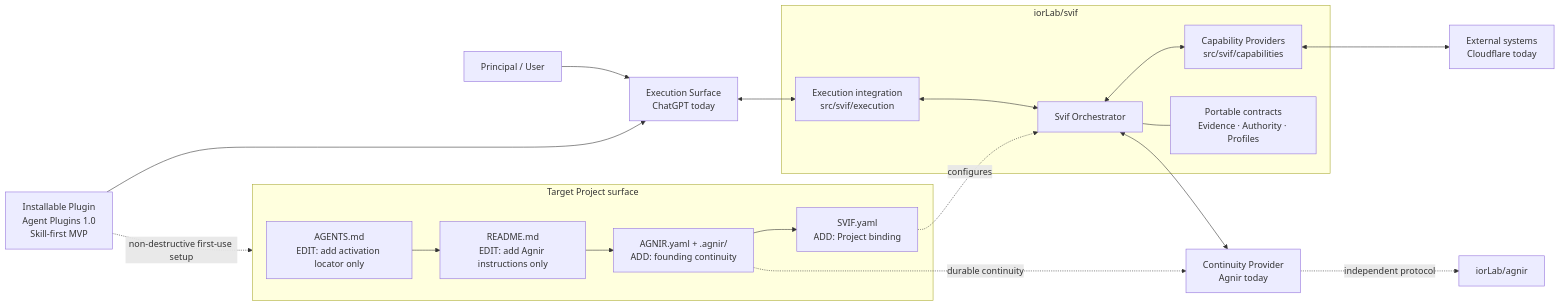
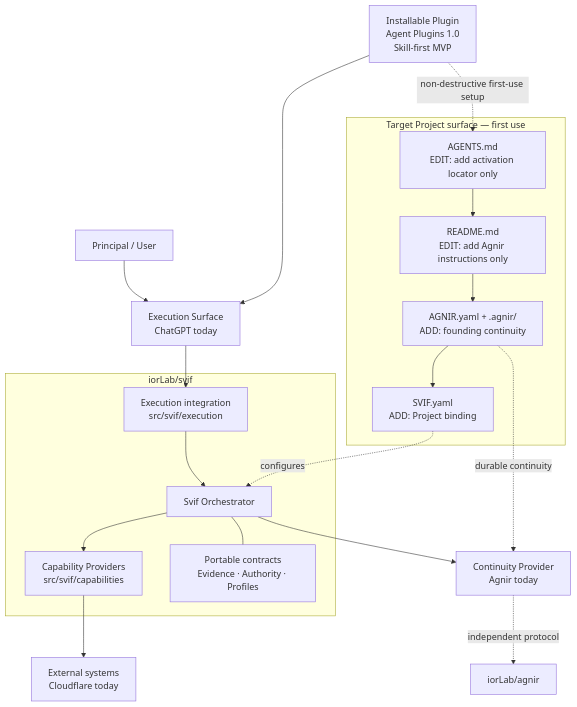
Before and after one commit to iorLab/svif: the first of 2 diagrams in README.md, drawn with Mermaid. The commit also changed other lines of this file and 2 other files, not shown here.

Commit message:
docs: make prompts copyable and stabilize Mermaid diagrams

````diff
--- a/README.md
+++ b/README.md
@@ -67,33 +80,32 @@
 ```mermaid
-flowchart LR
-    P[Principal / User] --> E[Execution Surface\nChatGPT today]
+flowchart TB
+    P["Principal / User"] --> E["Execution Surface<br/>ChatGPT today"]
+    D["Installable Plugin<br/>Agent Plugins 1.0<br/>Skill-first MVP"] --> E
 
-    D[Installable Plugin\nAgent Plugins 1.0\nSkill-first MVP] --> E
-    D -. non-destructive first-use setup .-> T
-
-    subgraph T[Target Project surface]
-        G[AGENTS.md\nEDIT: add activation locator only]
-        H[README.md\nEDIT: add Agnir instructions only]
-        Q[AGNIR.yaml + .agnir/\nADD: founding continuity]
-        B[SVIF.yaml\nADD: Project binding]
+    subgraph T["Target Project surface — first use"]
+        G["AGENTS.md<br/>EDIT: add activation locator only"]
+        H["README.md<br/>EDIT: add Agnir instructions only"]
+        Q["AGNIR.yaml + .agnir/<br/>ADD: founding continuity"]
+        B["SVIF.yaml<br/>ADD: Project binding"]
         G --> H --> Q --> B
     end
 
-    subgraph S[iorLab/svif]
-        O[Svif Orchestrator]
-        X[Execution integration\nsrc/svif/execution]
-        K[Capability Providers\nsrc/svif/capabilities]
-        R[Portable contracts\nEvidence · Authority · Profiles]
+    D -. "non-destructive first-use setup" .-> G
+
+    subgraph S["iorLab/svif"]
+        X["Execution integration<br/>src/svif/execution"]
+        O["Svif Orchestrator"]
+        K["Capability Providers<br/>src/svif/capabilities"]
+        R["Portable contracts<br/>Evidence · Authority · Profiles"]
+        X --> O
+        O --> K
         O --- R
-        X <--> O
-        O <--> K
     end
 
-    E <--> X
-    B -. configures .-> O
-    O <--> C[Continuity Provider\nAgnir today]
-    Q -. durable continuity .-> C
-    K <--> F[External systems\nCloudflare today]
-
-    C -. independent protocol .-> A[iorLab/agnir]
+    E --> X
+    B -. "configures" .-> O
+    Q -. "durable continuity" .-> C["Continuity Provider<br/>Agnir today"]
+    O --> C
+    K --> F["External systems<br/>Cloudflare today"]
+    C -. "independent protocol" .-> A["iorLab/agnir"]
 ```
````
